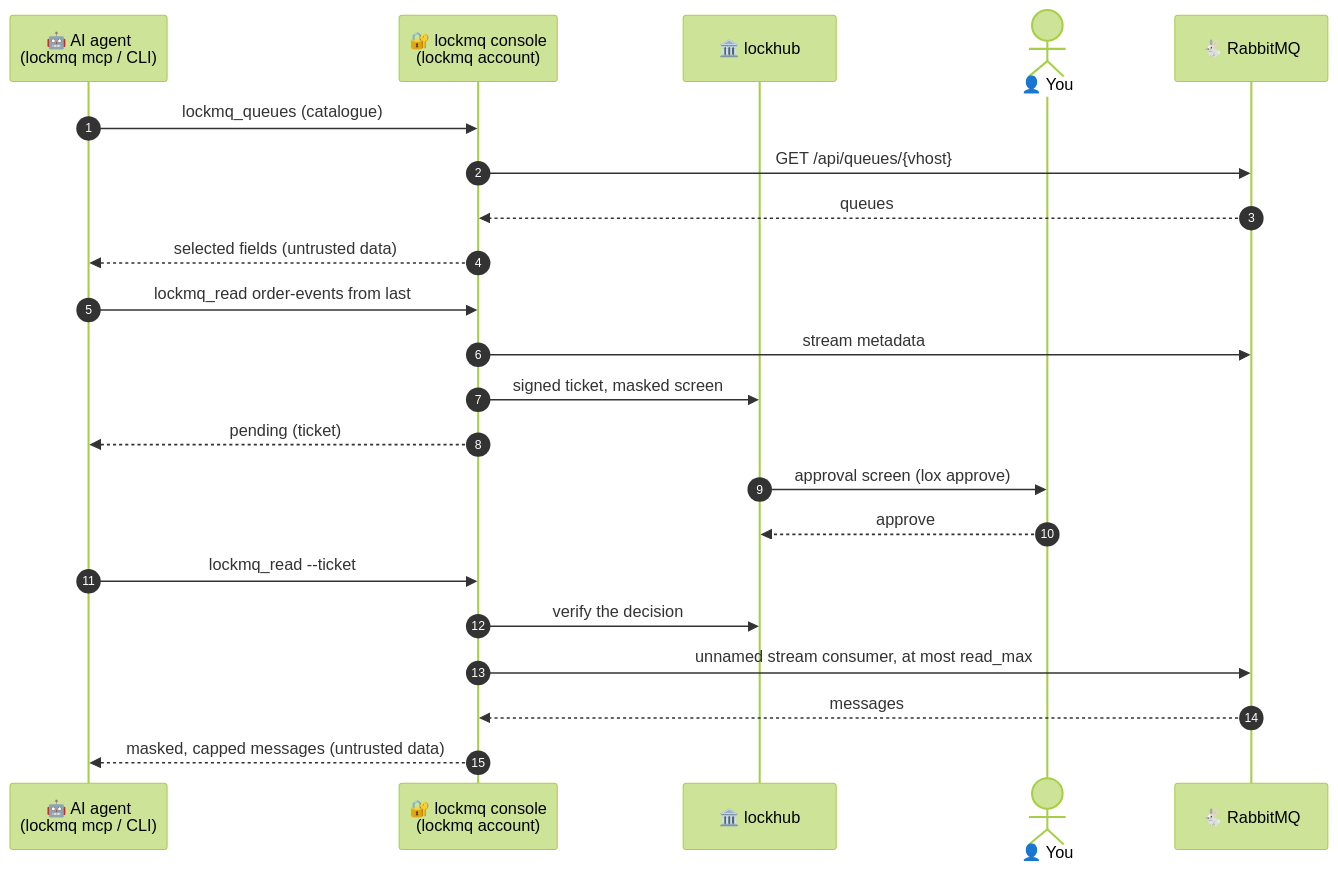
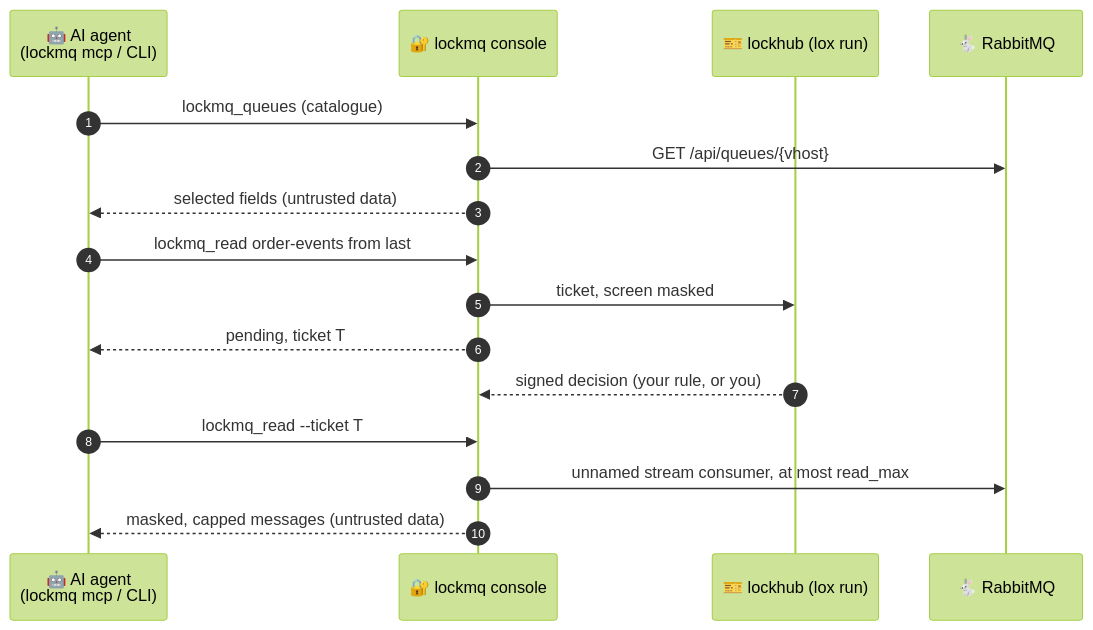
Before and after one commit to DavidGodefroid/lockmq: the diagram in README.md, drawn with Mermaid (forest theme). The commit also changed other lines of this file and 9 other files, not shown here.

````diff
--- a/README.md
+++ b/README.md
@@ -215,24 +153,18 @@
 ```mermaid
 sequenceDiagram
     autonumber
     participant A as 🤖 AI agent<br/>(lockmq mcp / CLI)
-    participant C as 🔐 lockmq console<br/>(lockmq account)
-    participant L as 🏛️ lockhub
-    actor H as 👤 You
+    participant C as 🔐 lockmq console
+    participant L as 🎫 lockhub (lox run)
     participant B as 🐇 RabbitMQ
     A->>C: lockmq_queues (catalogue)
     C->>B: GET /api/queues/{vhost}
-    B-->>C: queues
     C-->>A: selected fields (untrusted data)
     A->>C: lockmq_read order-events from last
-    C->>B: stream metadata
-    C->>L: signed ticket, masked screen
-    C-->>A: pending (ticket)
-    L->>H: approval screen (lox approve)
-    H-->>L: approve
-    A->>C: lockmq_read --ticket
-    C->>L: verify the decision
+    C->>L: ticket, screen masked
+    C-->>A: pending, ticket T
+    L-->>C: signed decision (your rule, or you)
+    A->>C: lockmq_read --ticket T
     C->>B: unnamed stream consumer, at most read_max
-    B-->>C: messages
     C-->>A: masked, capped messages (untrusted data)
 ```
````
